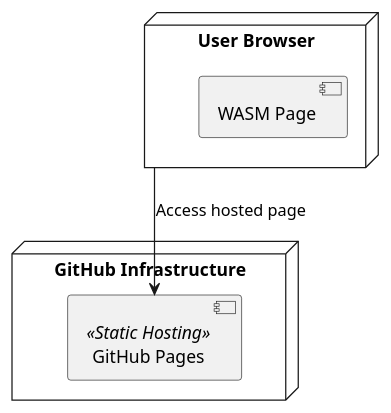
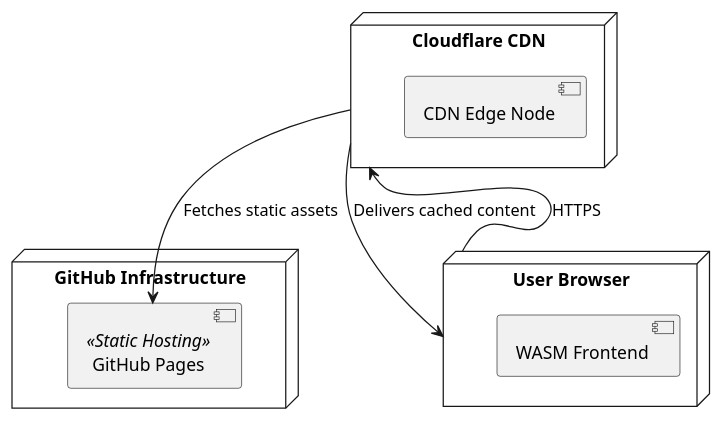
The second of 3 diagrams in docs/src/07_deployment_view.adoc (konnektoren/konnektoren-rs), drawn with PlantUML before and after one commit. The commit also changed other lines of this file, not shown here.

```diff
--- a/docs/src/07_deployment_view.adoc
+++ b/docs/src/07_deployment_view.adoc
@@ -56,15 +79,21 @@
 [plantuml, github-pages-deployment, svg]
 ....
 @startuml github-pages-deployment
 node "GitHub Infrastructure" {
   [GitHub Pages] <<Static Hosting>>
 }
 
-node "User Browser" {
-  [WASM Page]
+node "Cloudflare CDN" {
+  [CDN Edge Node]
 }
 
-[User Browser] --> [GitHub Pages] : Access hosted page
+node "User Browser" {
+  [WASM Frontend]
+}
+
+[User Browser] --> [Cloudflare CDN] : HTTPS
+[Cloudflare CDN] --> [GitHub Pages] : Fetches static assets
+[Cloudflare CDN] --> [User Browser] : Delivers cached content
 
 @enduml
 ....
```
